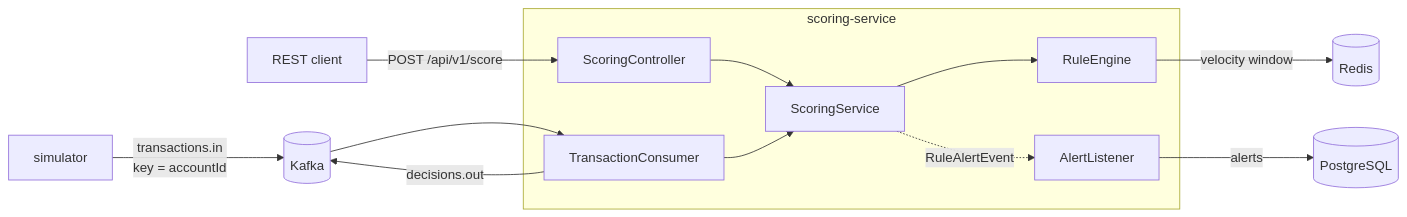
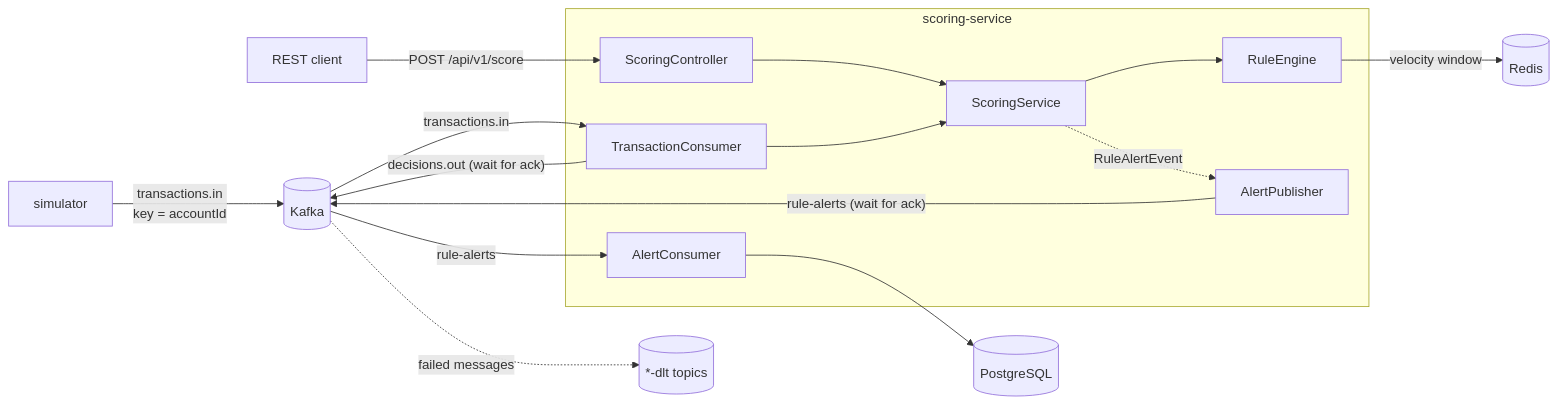
Before and after one commit to htqhuy1762/fraud-sentinel: the diagram in README.md, drawn with Mermaid. The commit also changed other lines of this file, not shown here.

Commit message:
docs: update README for durable alerts and dead-letter topics

````diff
--- a/README.md
+++ b/README.md
@@ -11,22 +11,26 @@
 ```mermaid
 flowchart LR
     SIM[simulator] -- "transactions.in<br/>key = accountId" --> K[(Kafka)]
     CLIENT[REST client] -- "POST /api/v1/score" --> API
 
     subgraph SS[scoring-service]
         API[ScoringController]
         CON[TransactionConsumer]
         SVC[ScoringService]
         ENG[RuleEngine]
-        AL[AlertListener]
+        PUB[AlertPublisher]
+        AC[AlertConsumer]
         API --> SVC
         CON --> SVC
         SVC --> ENG
-        SVC -. "RuleAlertEvent" .-> AL
+        SVC -. "RuleAlertEvent" .-> PUB
     end
 
-    K --> CON
+    K -- "transactions.in" --> CON
     ENG -- "velocity window" --> R[(Redis)]
-    AL -- "alerts" --> PG[(PostgreSQL)]
-    CON -- "decisions.out" --> K
+    PUB -- "rule-alerts (wait for ack)" --> K
+    K -- "rule-alerts" --> AC
+    AC --> PG[(PostgreSQL)]
+    CON -- "decisions.out (wait for ack)" --> K
+    K -. "failed messages" .-> DLT[("*-dlt topics")]
 ```
````
